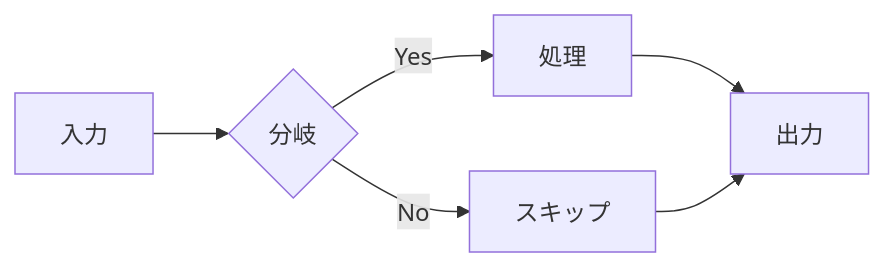
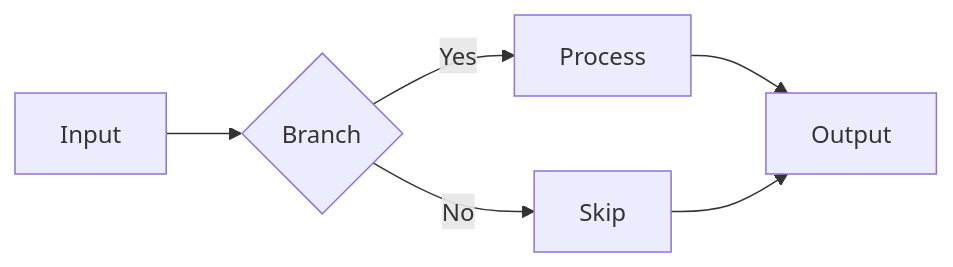
The first of 4 diagrams in tests/fixtures/sample.md (olibrauma/gazu), drawn with Mermaid before and after one commit. The commit also changed other lines of this file and 8 other files, not shown here.

````diff
--- a/tests/fixtures/sample.md
+++ b/tests/fixtures/sample.md
@@ -5,8 +5,8 @@
 ```mermaid
 graph LR
-  A[入力] --> B{分岐}
-  B -- Yes --> C[処理]
-  B -- No  --> D[スキップ]
-  C --> E[出力]
+  A[Input] --> B{Branch}
+  B -- Yes --> C[Process]
+  B -- No  --> D[Skip]
+  C --> E[Output]
   D --> E
 ```
````
